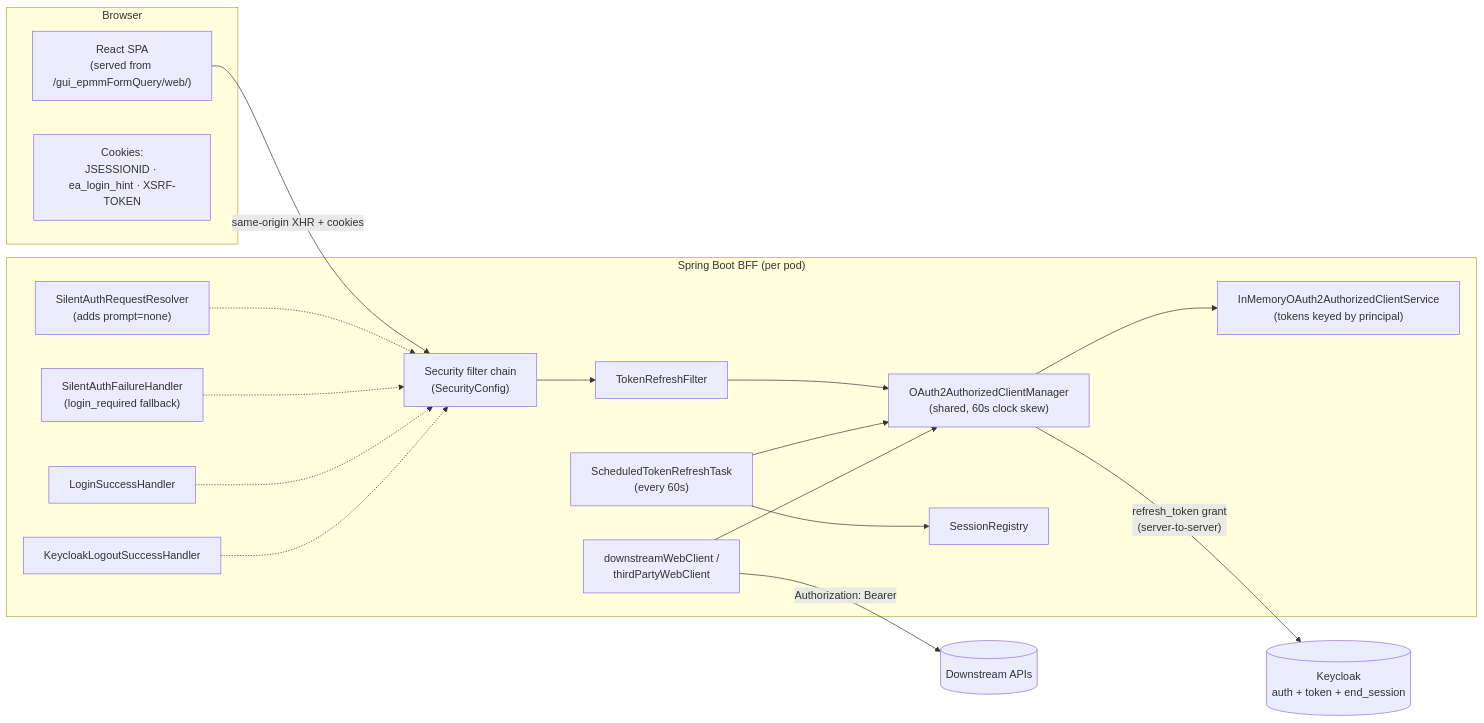
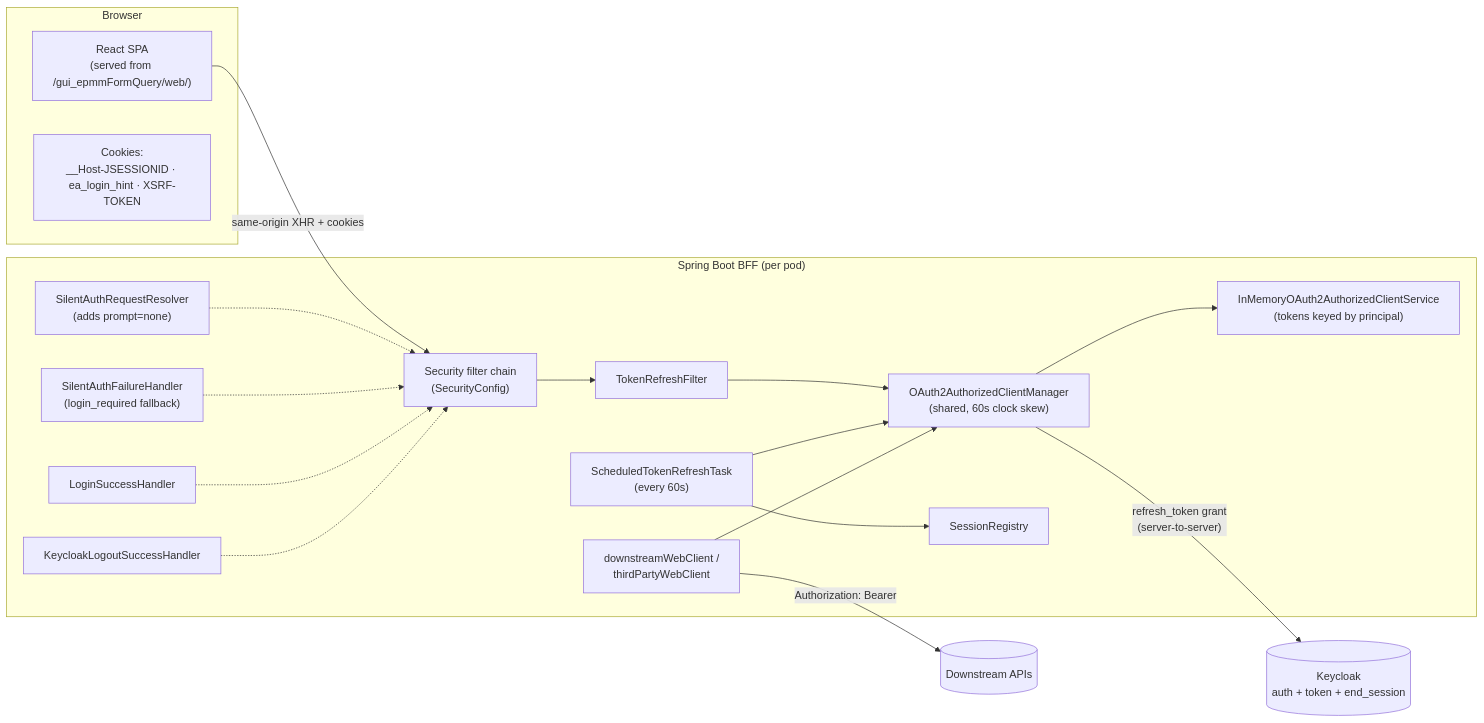
One commit to leodrew/spring_oauth2_backend changed the second of 7 diagrams in docs/auth-workflow.md. Above: the diagram before and after it, drawn with Mermaid. The commit also changed other lines of this file and 12 other files, not shown here.

````diff
--- a/docs/auth-workflow.md
+++ b/docs/auth-workflow.md
@@ -107,37 +107,37 @@
 ```mermaid
 flowchart LR
     subgraph Browser
         SPA["React SPA<br/>(served from /gui_epmmFormQuery/web/)"]
-        CK["Cookies:<br/>JSESSIONID · ea_login_hint · XSRF-TOKEN"]
+        CK["Cookies:<br/>__Host-JSESSIONID · ea_login_hint · XSRF-TOKEN"]
     end
 
     subgraph Spring["Spring Boot BFF (per pod)"]
         FC["Security filter chain<br/>(SecurityConfig)"]
         TRF["TokenRefreshFilter"]
         SAR["SilentAuthRequestResolver<br/>(adds prompt=none)"]
         SAFH["SilentAuthFailureHandler<br/>(login_required fallback)"]
         LSH["LoginSuccessHandler"]
         KLSH["KeycloakLogoutSuccessHandler"]
         STK["ScheduledTokenRefreshTask<br/>(every 60s)"]
         ACM["OAuth2AuthorizedClientManager<br/>(shared, 60s clock skew)"]
         ACS["InMemoryOAuth2AuthorizedClientService<br/>(tokens keyed by principal)"]
         SR["SessionRegistry"]
         WC["downstreamWebClient /<br/>thirdPartyWebClient"]
     end
 
     KC[("Keycloak<br/>auth + token + end_session")]
     API[("Downstream APIs")]
 
     SPA -- "same-origin XHR + cookies" --> FC
     FC --> TRF --> ACM
     SAR -.-> FC
     SAFH -.-> FC
     LSH -.-> FC
     KLSH -.-> FC
     STK --> SR
     STK --> ACM
     ACM --> ACS
     ACM -- "refresh_token grant<br/>(server-to-server)" --> KC
     WC --> ACM
     WC -- "Authorization: Bearer" --> API
 ```
````
